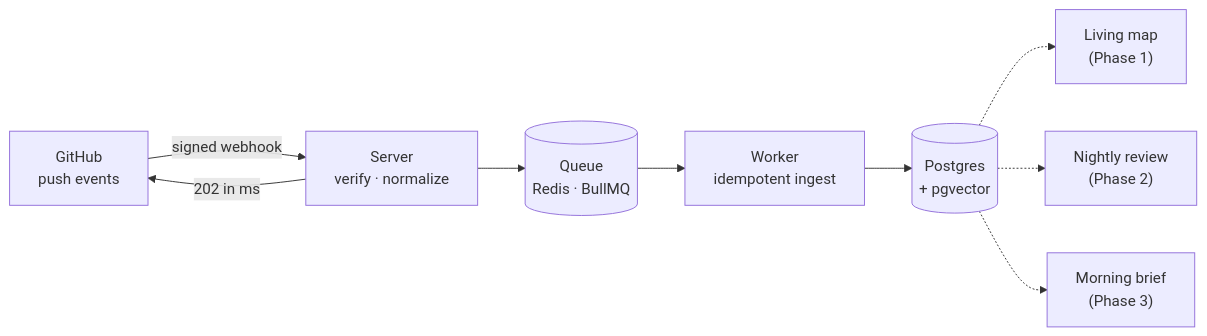
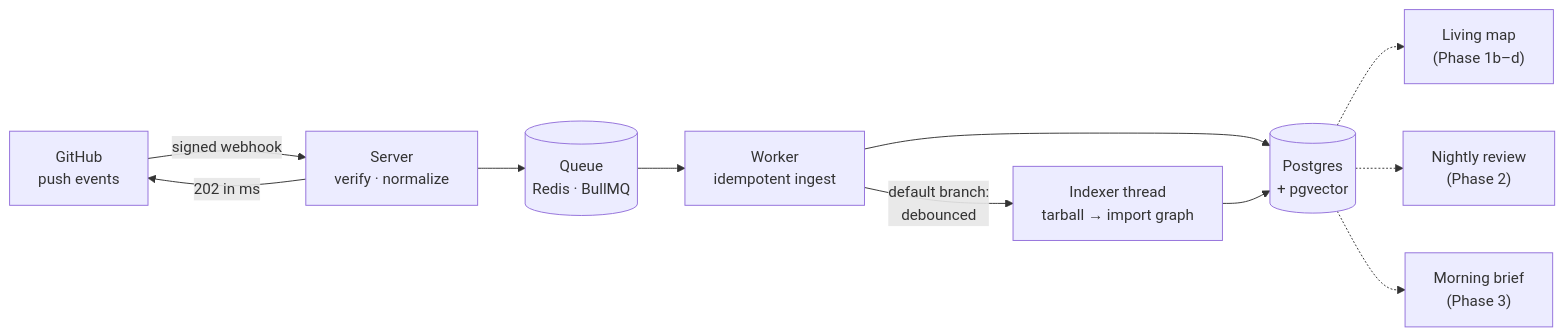
Before and after one commit to Tunaycel/waymark: the diagram in README.md, drawn with Mermaid. The commit also changed other lines of this file and 8 other files, not shown here.

````diff
--- a/README.md
+++ b/README.md
@@ -31,11 +32,13 @@
 ```mermaid
 flowchart LR
   GH["GitHub<br/>push events"] -->|"signed webhook"| S["Server<br/>verify · normalize"]
   S -->|"202 in ms"| GH
   S --> Q[("Queue<br/>Redis · BullMQ")]
   Q --> W["Worker<br/>idempotent ingest"]
   W --> DB[("Postgres<br/>+ pgvector")]
-  DB -.-> M["Living map<br/>(Phase 1)"]
+  W -->|"default branch:<br/>debounced"| IX["Indexer thread<br/>tarball → import graph"]
+  IX --> DB
+  DB -.-> M["Living map<br/>(Phase 1b–d)"]
   DB -.-> R["Nightly review<br/>(Phase 2)"]
   DB -.-> B["Morning brief<br/>(Phase 3)"]
 ```
````
